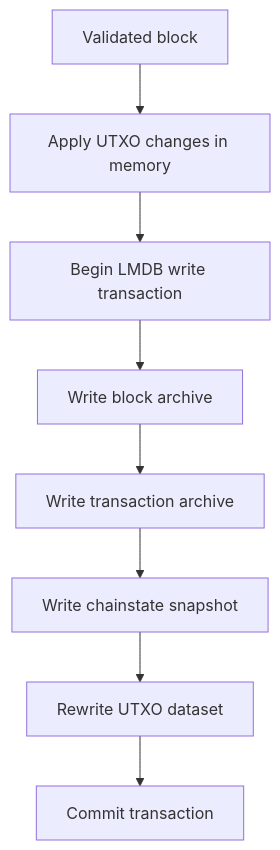
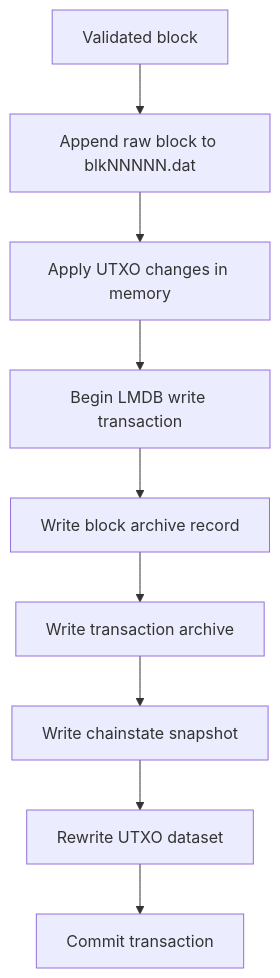
Before and after one commit to Atho-Labs/Atho-Testnet: the diagram in docs/storage/chainstate-and-persistence.md, drawn with Mermaid. The commit also changed other lines of this file and 30 other files, not shown here.

````diff
--- a/docs/storage/chainstate-and-persistence.md
+++ b/docs/storage/chainstate-and-persistence.md
@@ -49,10 +60,11 @@
 ```mermaid
 flowchart TD
-    A[Validated block] --> B[Apply UTXO changes in memory]
-    B --> C[Begin LMDB write transaction]
-    C --> D[Write block archive]
-    D --> E[Write transaction archive]
-    E --> F[Write chainstate snapshot]
-    F --> G[Rewrite UTXO dataset]
-    G --> H[Commit transaction]
+    A[Validated block] --> B[Append raw block to blkNNNNN.dat]
+    B --> C[Apply UTXO changes in memory]
+    C --> D[Begin LMDB write transaction]
+    D --> E[Write block archive record]
+    E --> F[Write transaction archive]
+    F --> G[Write chainstate snapshot]
+    G --> H[Rewrite UTXO dataset]
+    H --> I[Commit transaction]
 ```
````
